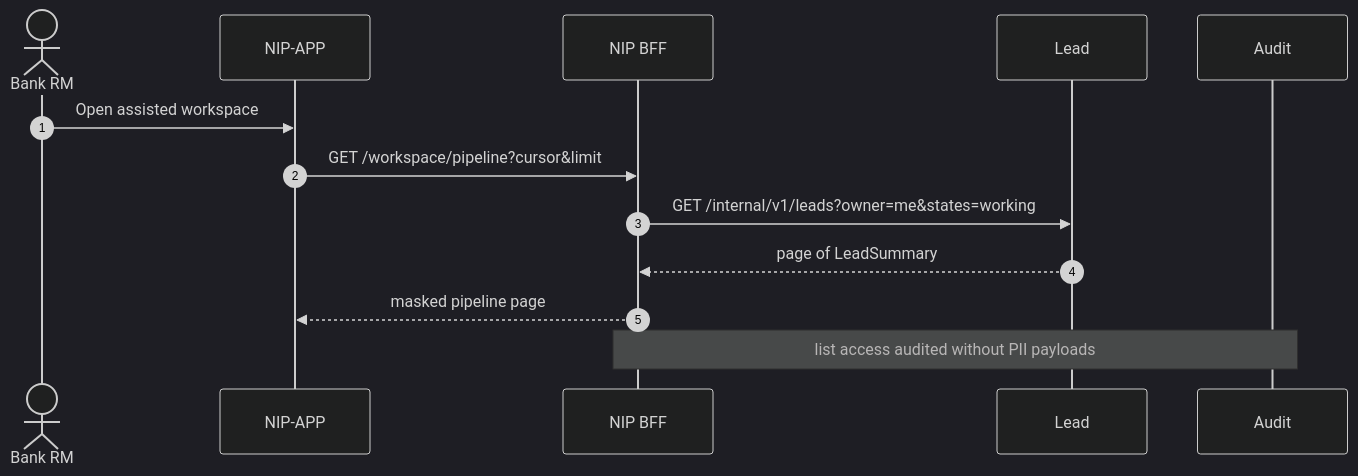
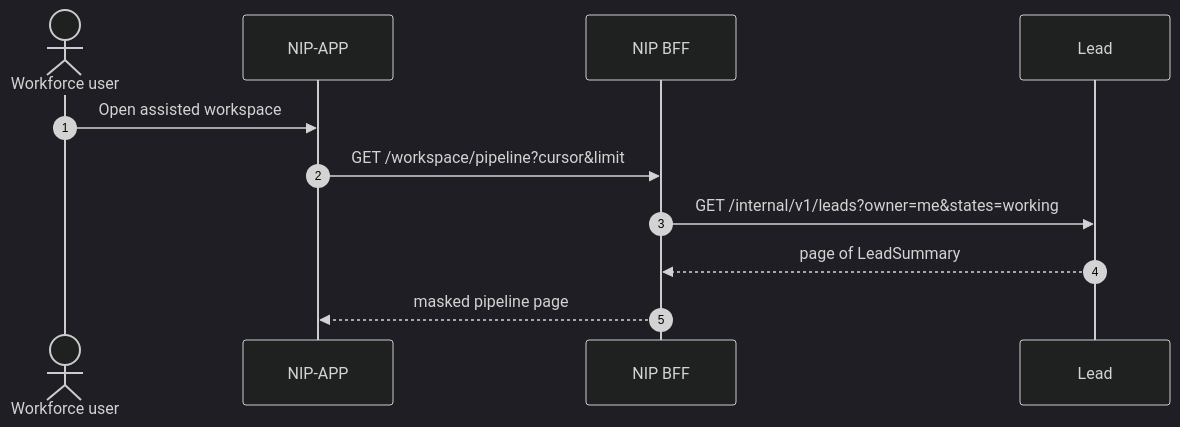
One commit to Mahesh38/bank-insurance-platform changed the first of 8 diagrams in docs/platform/ws3-platform/11-lead-module-sequences.md. Above: the diagram before and after it, drawn with Mermaid (dark theme). The commit also changed other lines of this file and 14 other files, not shown here.

First line of the commit message:
docs(ws3): close OPEN-LEAD-ACTOR — D-018 workforce create + SP assignee

````diff
--- a/docs/platform/ws3-platform/11-lead-module-sequences.md
+++ b/docs/platform/ws3-platform/11-lead-module-sequences.md
@@ -13,16 +12,14 @@
 ```mermaid
 sequenceDiagram
   autonumber
-  actor RM as Bank RM
+  actor User as Workforce user
   participant APP as NIP-APP
   participant BFF as NIP BFF
   participant LED as Lead #5
-  participant AUD as Audit
 
-  RM->>APP: Open assisted workspace
+  User->>APP: Open assisted workspace
   APP->>BFF: GET /workspace/pipeline?cursor&limit
   BFF->>LED: GET /internal/v1/leads?owner=me&states=working
   LED-->>BFF: page of LeadSummary
   BFF-->>APP: masked pipeline page
-  Note over BFF,AUD: list access audited without PII payloads
 ```
````
